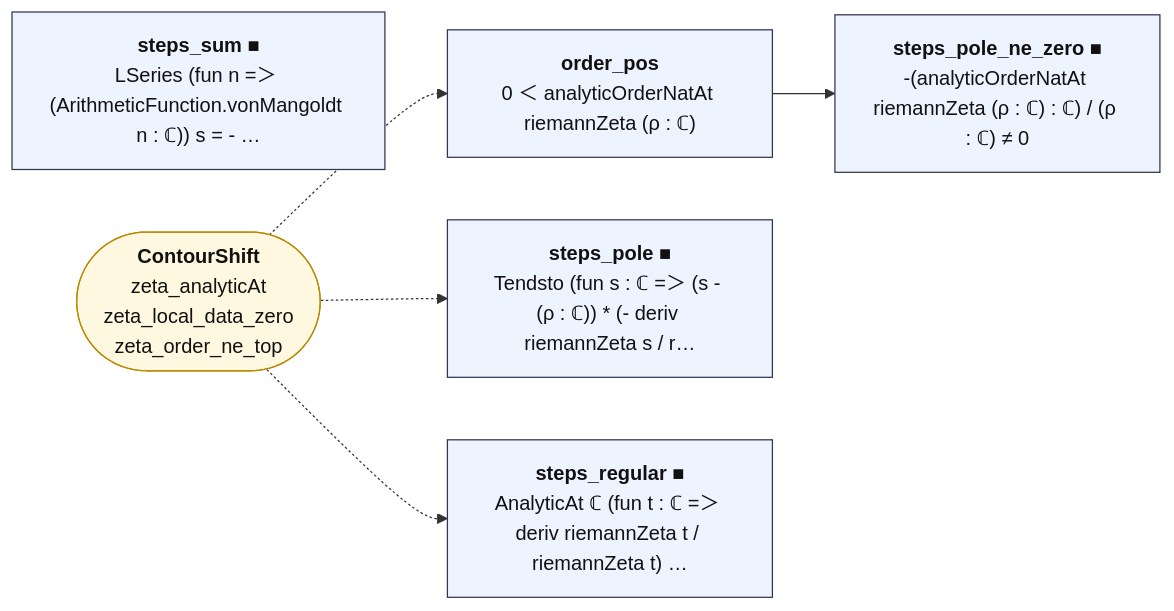
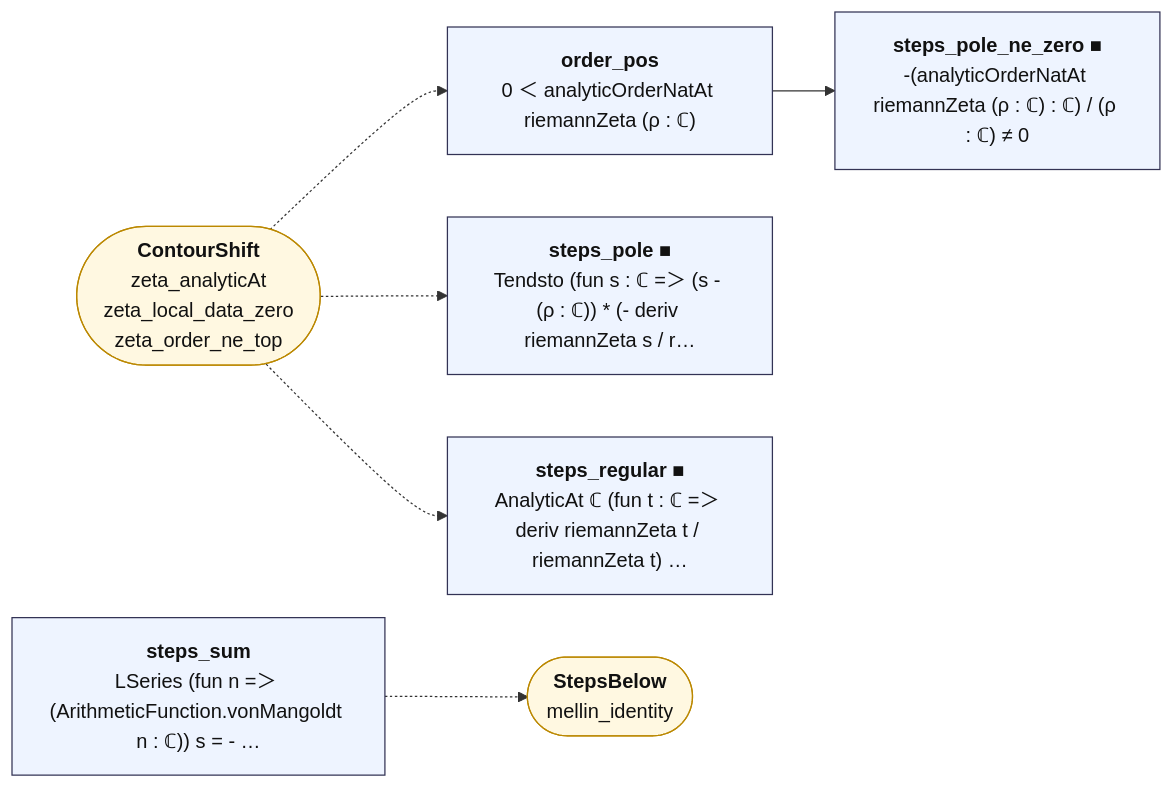
Before and after one commit to juliansambranojr/Primebeat_081426: the diagram in map/lean_stage3/StepsPole.mmd, drawn with Mermaid. The commit also changed 29 other files, not shown here.

First line of the commit message:
Block R9: the turned steps rise past every bound below a zero's rate (unit 0493)

```diff
--- a/map/lean_stage3/StepsPole.mmd
+++ b/map/lean_stage3/StepsPole.mmd
@@ -1,19 +1,21 @@
 flowchart LR
-  n0["<b>steps_sum ■</b><br/>LSeries (fun n =＞ (ArithmeticFunction.vonMangoldt n : ℂ)) s = - …"]:::thm
+  n0["<b>steps_sum</b><br/>LSeries (fun n =＞ (ArithmeticFunction.vonMangoldt n : ℂ)) s = - …"]:::thm
   n1["<b>order_pos</b><br/>0 ＜ analyticOrderNatAt riemannZeta (ρ : ℂ)"]:::thm
   n2["<b>steps_pole ■</b><br/>Tendsto (fun s : ℂ =＞ (s - (ρ : ℂ)) * (- deriv riemannZeta s / r…"]:::thm
   n3["<b>steps_pole_ne_zero ■</b><br/>-(analyticOrderNatAt riemannZeta (ρ : ℂ) : ℂ) / (ρ : ℂ) ≠ 0"]:::thm
   n4["<b>steps_regular ■</b><br/>AnalyticAt ℂ (fun t : ℂ =＞ deriv riemannZeta t / riemannZeta t) …"]:::thm
-  x0(["<b>ContourShift</b><br/>zeta_analyticAt<br/>zeta_local_data_zero<br/>zeta_order_ne_top"]):::ext
+  x0(["<b>StepsBelow</b><br/>mellin_identity"]):::ext
+  x1(["<b>ContourShift</b><br/>zeta_analyticAt<br/>zeta_local_data_zero<br/>zeta_order_ne_top"]):::ext
   n1 --> n3
-  x0 -.-> n1
-  x0 -.-> n2
-  x0 -.-> n4
+  n0 -.-> x0
+  x1 -.-> n1
+  x1 -.-> n2
+  x1 -.-> n4
   classDef cnt fill:#dff5ec,stroke:#17694a,color:#111
   classDef shp fill:#f1ecfb,stroke:#5b3fa0,color:#111
   classDef rh fill:#ffe5e5,stroke:#c22,color:#111,stroke-width:2px
   classDef thm fill:#eef4ff,stroke:#335,color:#111
   classDef end_ fill:#e7f7e7,stroke:#2a7,color:#111,stroke-width:2px
   classDef lone fill:#fff,stroke:#999,color:#111,stroke-dasharray:4 3
   classDef bad fill:#ffe5e5,stroke:#c22,color:#111,stroke-width:2px
   classDef ext fill:#fff8e1,stroke:#b80,color:#111
```
